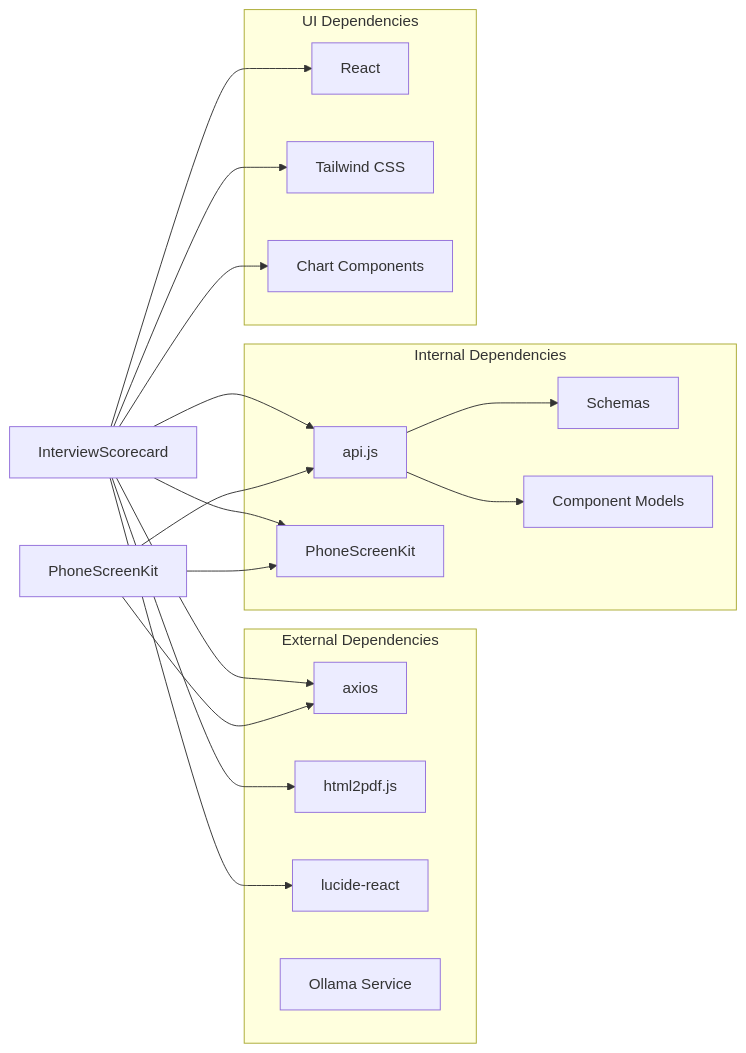
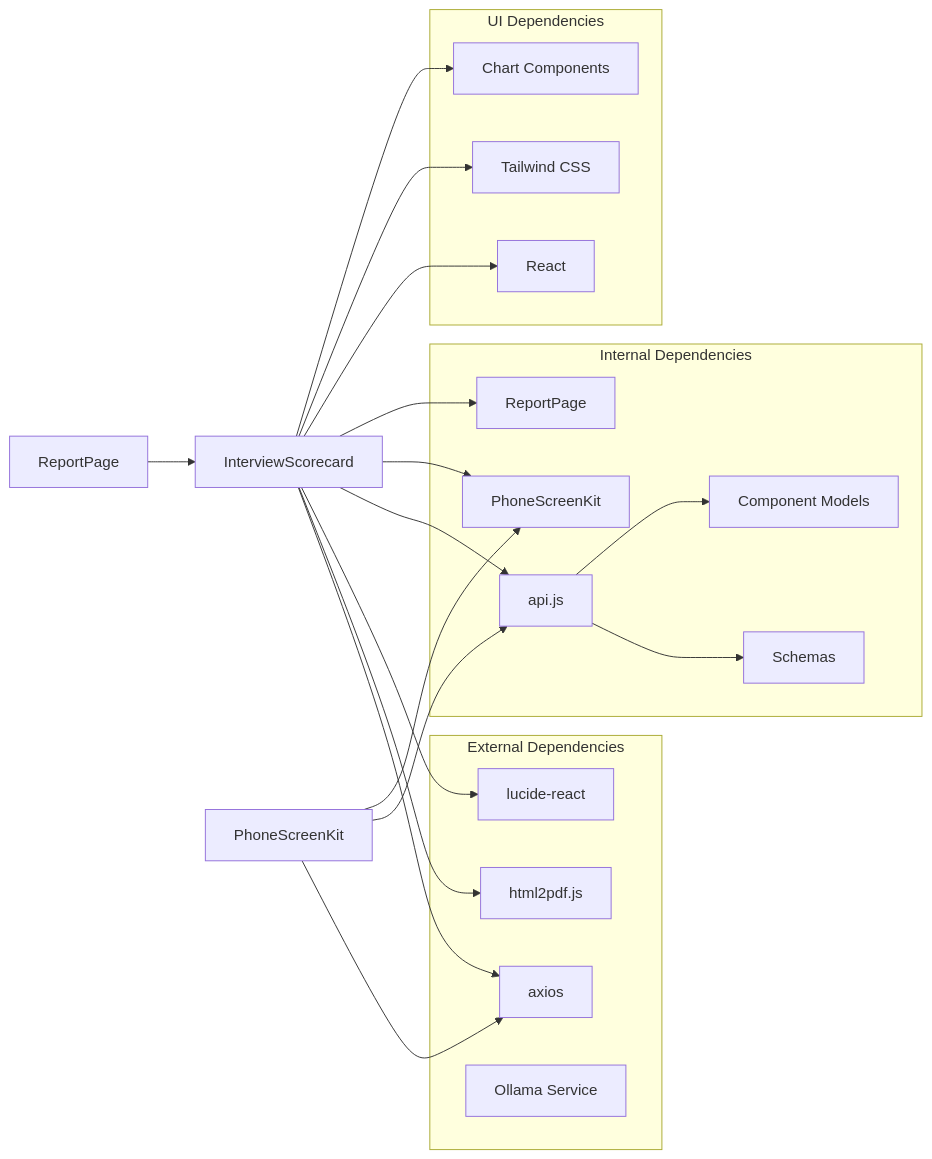
Before and after one commit to Revanththetalogics/aireume: the tenth of 10 diagrams in .qoder/repowiki/en/content/Frontend Architecture/Component Library/Interview Scorecard Component.md, drawn with Mermaid. The commit also changed other lines of this file and 69 other files, not shown here.

````diff
--- a/.qoder/repowiki/en/content/Frontend Architecture/Component Library/Interview Scorecard Component.md
+++ b/.qoder/repowiki/en/content/Frontend Architecture/Component Library/Interview Scorecard Component.md
@@ -725,33 +790,36 @@
 ```mermaid
 graph LR
 subgraph "External Dependencies"
 AX[axios]
 HP[html2pdf.js]
 LR[lucide-react]
 OLL[Ollama Service]
 end
 subgraph "Internal Dependencies"
 API[api.js]
 SC[Schemas]
 CM[Component Models]
 PSK[PhoneScreenKit]
+RP[ReportPage]
 end
 subgraph "UI Dependencies"
 RC[React]
 TS[Tailwind CSS]
 CH[Chart Components]
 end
 InterviewScorecard --> AX
 InterviewScorecard --> HP
 InterviewScorecard --> LR
 InterviewScorecard --> API
 InterviewScorecard --> PSK
+InterviewScorecard --> RP
 API --> SC
 API --> CM
 PhoneScreenKit --> AX
 PhoneScreenKit --> API
 PhoneScreenKit --> PSK
+ReportPage --> InterviewScorecard
 InterviewScorecard --> RC
 InterviewScorecard --> TS
 InterviewScorecard --> CH
 ```
````
